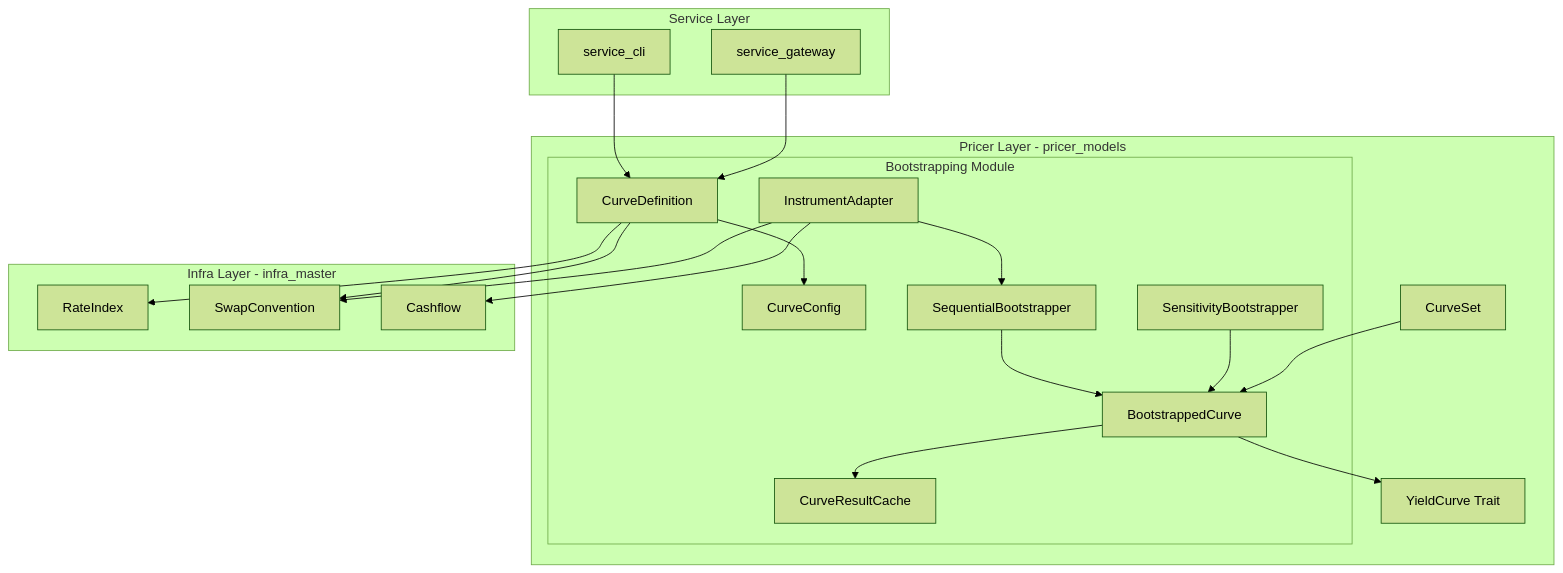
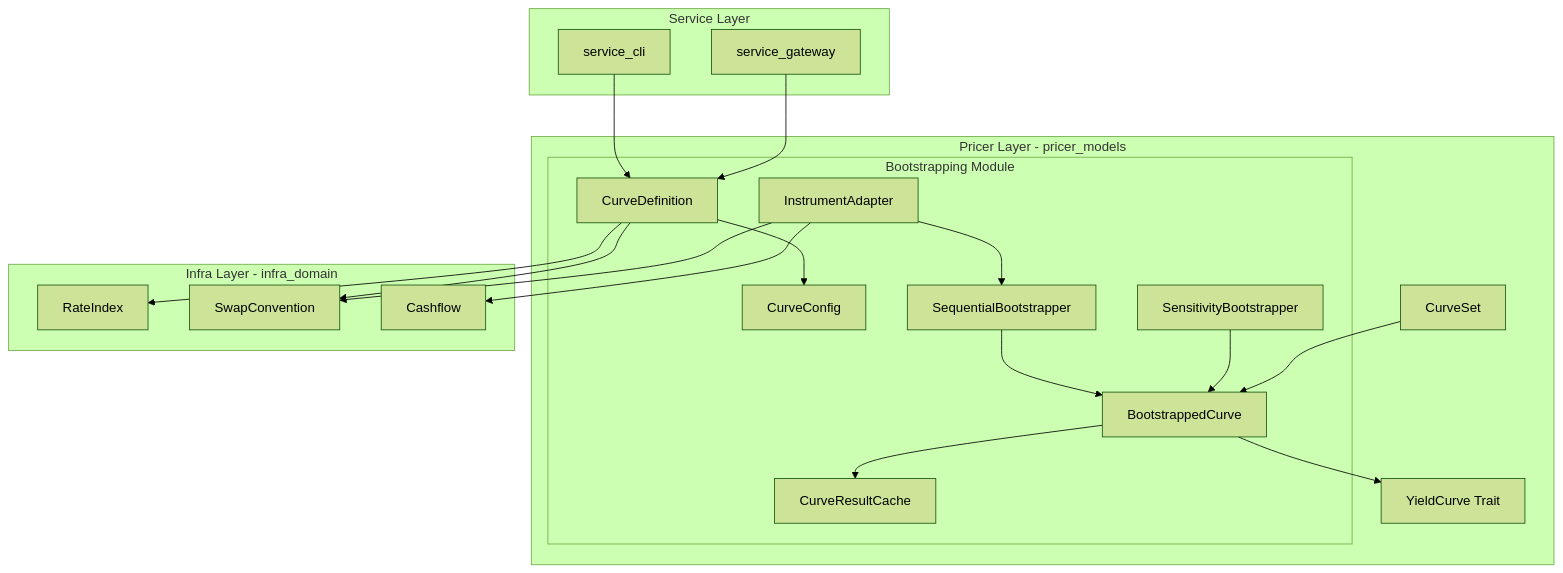
One commit to neutryx-lab/neutryx-rust changed the first of 4 diagrams in .kiro/specs/curve-bootstrap-engine/design.md. Above: the diagram before and after it, drawn with Mermaid (forest theme). The commit also changed other lines of this file and 303 other files, not shown here.

First line of the commit message:
Refactor imports from `infra_master` to `infra_domain`

````diff
--- a/.kiro/specs/curve-bootstrap-engine/design.md
+++ b/.kiro/specs/curve-bootstrap-engine/design.md
@@ -47,45 +47,45 @@
 ```mermaid
 graph TB
     subgraph Service Layer
         CLI[service_cli]
         Gateway[service_gateway]
     end
 
     subgraph Pricer Layer - pricer_models
         subgraph Bootstrapping Module
             CurveDef[CurveDefinition]
             CurveConfig[CurveConfig]
             Adapter[InstrumentAdapter]
             Engine[SequentialBootstrapper]
             Cache[CurveResultCache]
             Curve[BootstrappedCurve]
             Sensitivity[SensitivityBootstrapper]
         end
         YieldCurveTrait[YieldCurve Trait]
         CurveSet[CurveSet]
     end
 
-    subgraph Infra Layer - infra_master
+    subgraph Infra Layer - infra_domain
         RateIndex[RateIndex]
         SwapConv[SwapConvention]
         Cashflow[Cashflow]
     end
 
     CLI --> CurveDef
     Gateway --> CurveDef
 
     CurveDef --> CurveConfig
     CurveDef --> RateIndex
     CurveDef --> SwapConv
 
     Adapter --> SwapConv
     Adapter --> Cashflow
     Adapter --> Engine
 
     Engine --> Curve
     Curve --> YieldCurveTrait
     Curve --> Cache
 
     Sensitivity --> Curve
     CurveSet --> Curve
 ```
````
